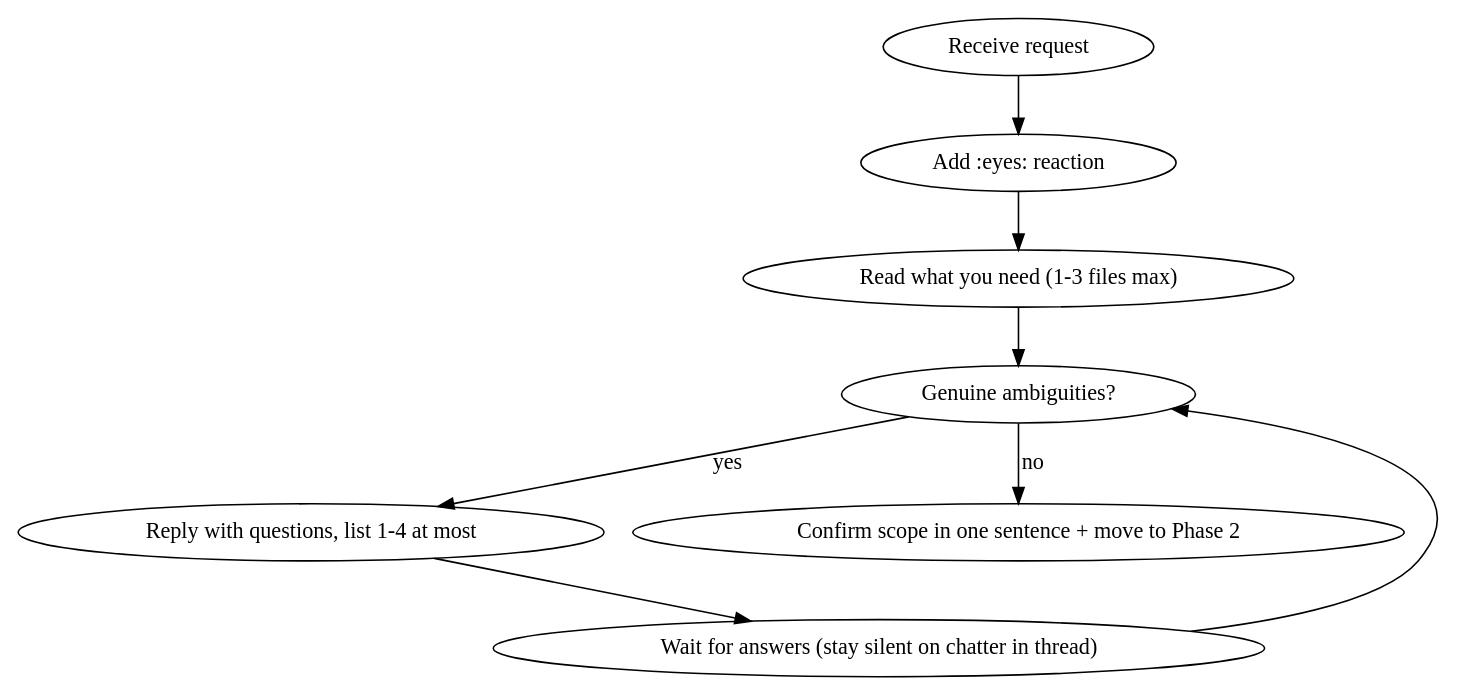
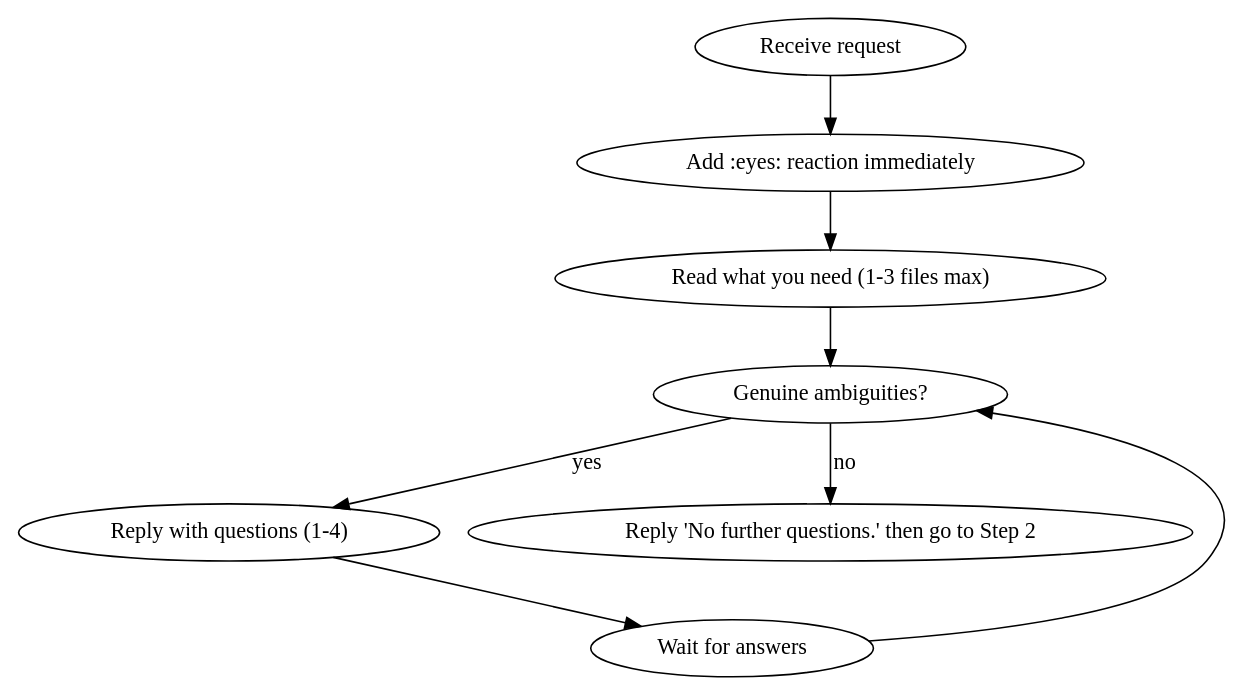
Before and after one commit to vatedge-com/nano-agents: the diagram in container/skills/new-feature-workflow/SKILL.md, drawn with Graphviz. The commit also changed other lines of this file, not shown here.

````diff
--- a/container/skills/new-feature-workflow/SKILL.md
+++ b/container/skills/new-feature-workflow/SKILL.md
@@ -20,11 +24,11 @@
 ```dot
 digraph clarify {
-    "Receive request" -> "Add :eyes: reaction";
-    "Add :eyes: reaction" -> "Read what you need (1-3 files max)";
+    "Receive request" -> "Add :eyes: reaction immediately";
+    "Add :eyes: reaction immediately" -> "Read what you need (1-3 files max)";
     "Read what you need (1-3 files max)" -> "Genuine ambiguities?";
-    "Genuine ambiguities?" -> "Reply with questions, list 1-4 at most" [label="yes"];
-    "Genuine ambiguities?" -> "Confirm scope in one sentence + move to Phase 2" [label="no"];
-    "Reply with questions, list 1-4 at most" -> "Wait for answers (stay silent on chatter in thread)";
-    "Wait for answers (stay silent on chatter in thread)" -> "Genuine ambiguities?";
+    "Genuine ambiguities?" -> "Reply with questions (1-4)" [label="yes"];
+    "Genuine ambiguities?" -> "Reply 'No further questions.' then go to Step 2" [label="no"];
+    "Reply with questions (1-4)" -> "Wait for answers";
+    "Wait for answers" -> "Genuine ambiguities?";
 }
 ```
````
